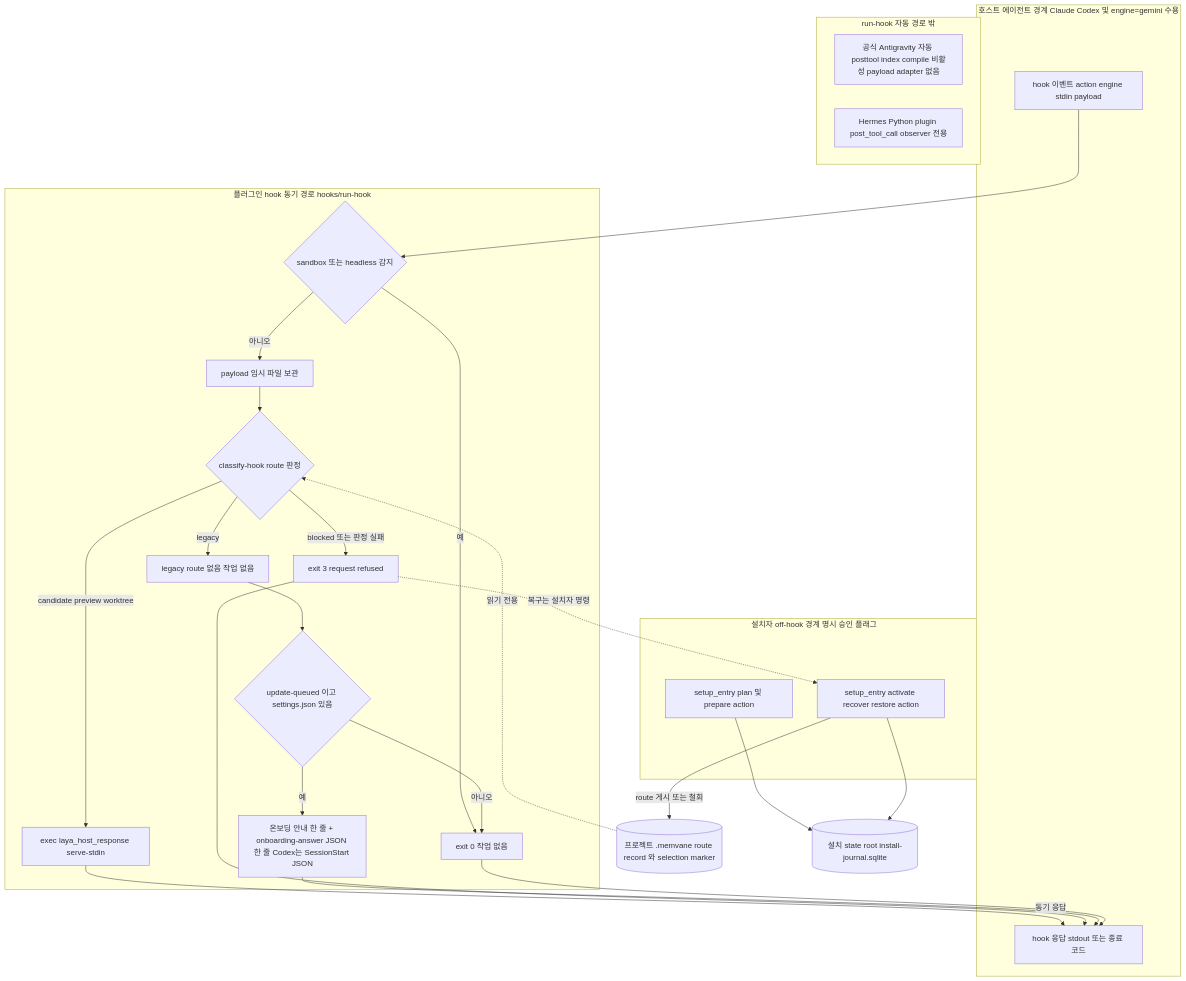
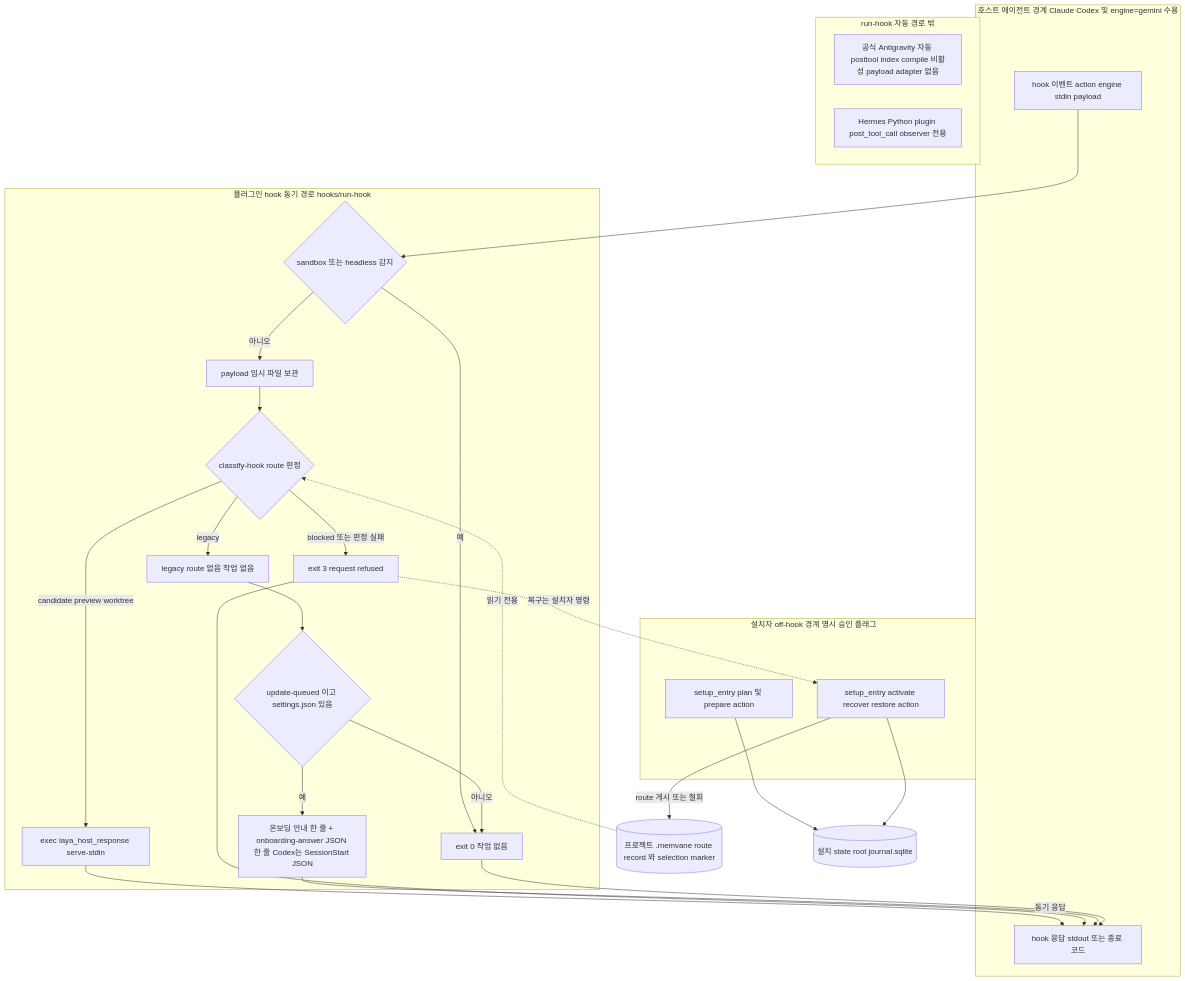
Before and after one commit to zbdulee/memvane: the diagram in docs/architecture/flows/01-install-host-hooks.md, drawn with Mermaid. The commit also changed other lines of this file and 10 other files, not shown here.

Commit message:
refactor(install): use v1 journal file name

````diff
--- a/docs/architecture/flows/01-install-host-hooks.md
+++ b/docs/architecture/flows/01-install-host-hooks.md
@@ -11,48 +11,48 @@
 ```mermaid
 flowchart TD
   subgraph HOST["호스트 에이전트 경계 Claude Codex 및 engine=gemini 수용"]
     EV["hook 이벤트 action engine stdin payload"]
     OUT["hook 응답 stdout 또는 종료 코드"]
   end
   subgraph LIMIT["run-hook 자동 경로 밖"]
     AG["공식 Antigravity 자동 posttool index compile 비활성 payload adapter 없음"]
     HM["Hermes Python plugin post_tool_call observer 전용"]
   end
   subgraph HOOK["플러그인 hook 동기 경로 hooks/run-hook"]
     SB{"sandbox 또는 headless 감지"}
     PL["payload 임시 파일 보관"]
     RT{"classify-hook route 판정"}
     CA["exec laya_host_response serve-stdin"]
     BL["exit 3 request refused"]
     LG["legacy route 없음 작업 없음"]
     ON{"update-queued 이고 settings.json 있음"}
     NT["온보딩 안내 한 줄 + onboarding-answer JSON 한 줄 Codex는 SessionStart JSON"]
     NOP["exit 0 작업 없음"]
   end
   subgraph INST["설치자 off-hook 경계 명시 승인 플래그"]
     IP["setup_entry plan 및 prepare action"]
     IA["setup_entry activate recover restore action"]
   end
   RS[("프로젝트 .memvane route record 와 selection marker")]
-  JS[("설치 state root install-journal.sqlite")]
+  JS[("설치 state root journal.sqlite")]
 
   EV --> SB
   SB -->|"예"| NOP
   SB -->|"아니오"| PL
   PL --> RT
   RS -.->|"읽기 전용"| RT
   RT -->|"candidate preview worktree"| CA
   CA -->|"동기 응답"| OUT
   RT -->|"blocked 또는 판정 실패"| BL
   BL --> OUT
   RT -->|"legacy"| LG
   LG --> ON
   ON -->|"예"| NT
   NT --> OUT
   ON -->|"아니오"| NOP
   NOP --> OUT
   IP --> JS
   IA --> JS
   IA -->|"route 게시 또는 철회"| RS
   BL -.->|"복구는 설치자 명령"| IA
 ```
````
